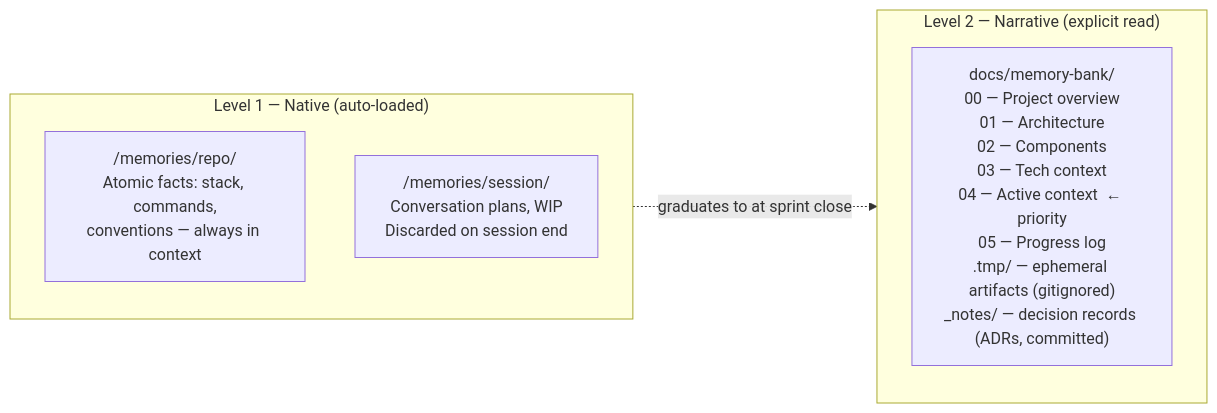
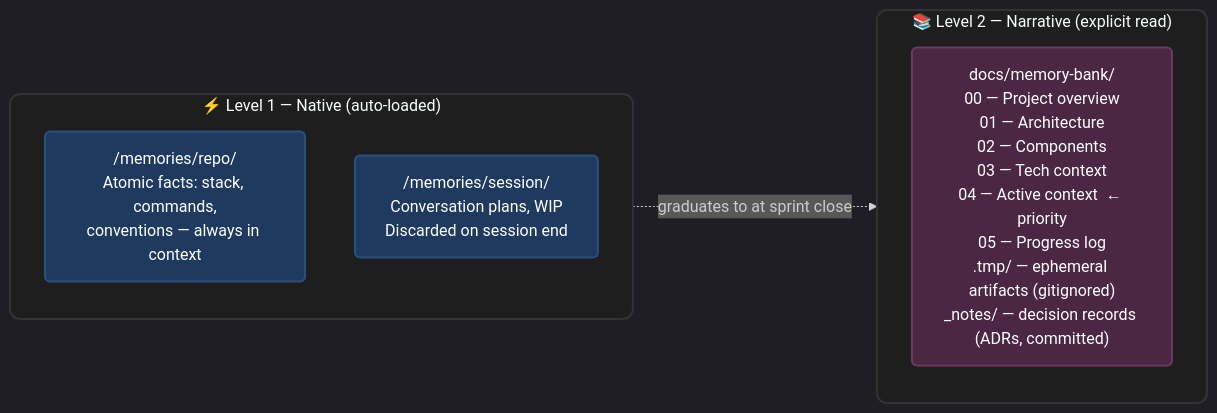
Before and after one commit to ils15/pantheon: the second of 2 diagrams in README.md, drawn with Mermaid. The commit also changed other lines of this file, not shown here.

Commit message:
docs: enhance Mermaid diagrams with improved styling and add a new section detailing VS Code Handoff integration.

````diff
--- a/README.md
+++ b/README.md
@@ -213,13 +240,22 @@
 ```mermaid
+%%{init: {'theme': 'dark'}}%%
 flowchart LR
-    subgraph L1["Level 1 — Native (auto-loaded)"]
-        MR["/memories/repo/\nAtomic facts: stack, commands,\nconventions — always in context"]
-        MS["/memories/session/\nConversation plans, WIP\nDiscarded on session end"]
+    classDef default fill:#2d2d2d,stroke:#555,stroke-width:1px,color:#eee,rx:5px,ry:5px;
+    classDef level1 fill:#1e3a5f,stroke:#2a5082,stroke-width:2px,color:#fff;
+    classDef level2 fill:#4b2743,stroke:#6e3962,stroke-width:2px,color:#fff;
+
+    subgraph L1["⚡ Level 1 — Native (auto-loaded)"]
+        direction TB
+        MR["/memories/repo/<br/>Atomic facts: stack, commands,<br/>conventions — always in context"]:::level1
+        MS["/memories/session/<br/>Conversation plans, WIP<br/>Discarded on session end"]:::level1
     end
 
-    subgraph L2["Level 2 — Narrative (explicit read)"]
-        MB["docs/memory-bank/\n00 — Project overview\n01 — Architecture\n02 — Components\n03 — Tech context\n04 — Active context  ← priority\n05 — Progress log\n.tmp/ — ephemeral artifacts (gitignored)\n_notes/ — decision records (ADRs, committed)"]
+    subgraph L2["📚 Level 2 — Narrative (explicit read)"]
+        MB["docs/memory-bank/<br/>00 — Project overview<br/>01 — Architecture<br/>02 — Components<br/>03 — Tech context<br/>04 — Active context  ← priority<br/>05 — Progress log<br/>.tmp/ — ephemeral artifacts (gitignored)<br/>_notes/ — decision records (ADRs, committed)"]:::level2
     end
 
     L1 -. "graduates to at sprint close" .-> L2
+    
+    style L1 fill:#1e1e1e,stroke:#333,stroke-width:2px,rx:10px
+    style L2 fill:#1e1e1e,stroke:#333,stroke-width:2px,rx:10px
 ```
````
